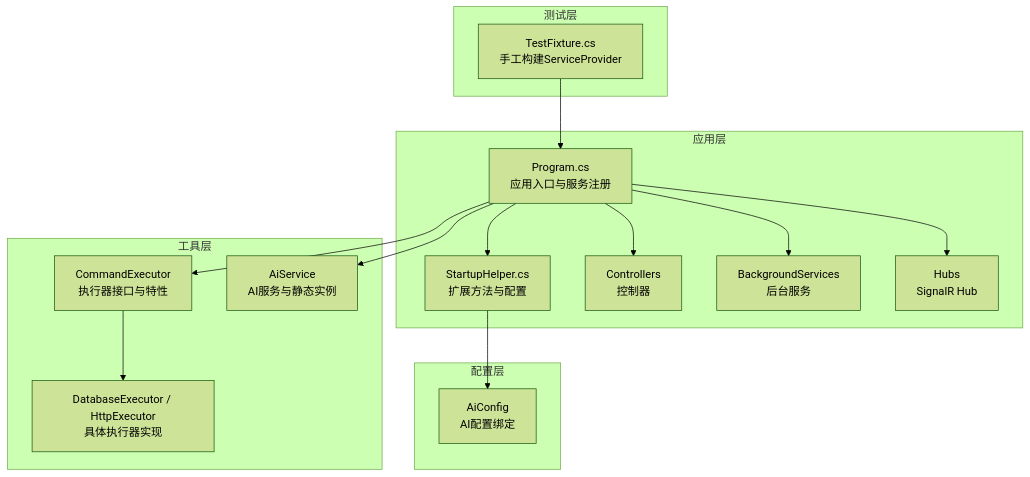
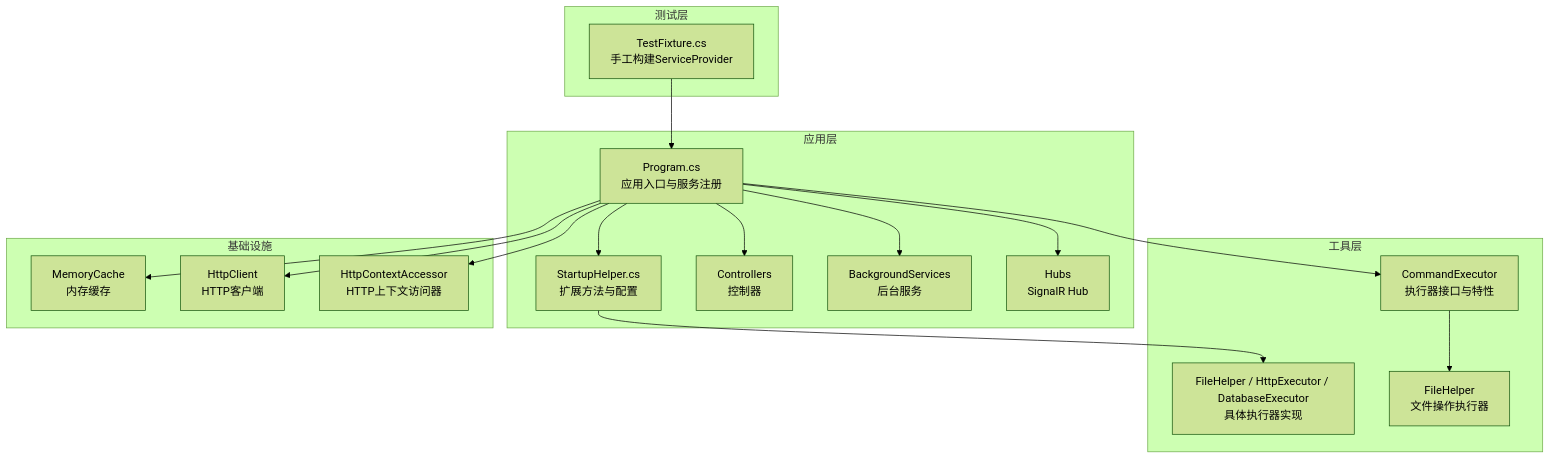
Before and after one commit to Sosososolong/AirGo: the first of 5 diagrams in .qoder/repowiki/zh/content/核心架构设计/依赖注入容器.md, drawn with Mermaid (forest theme). The commit also changed other lines of this file and 13 other files, not shown here.

````diff
--- a/.qoder/repowiki/zh/content/核心架构设计/依赖注入容器.md
+++ b/.qoder/repowiki/zh/content/核心架构设计/依赖注入容器.md
@@ -52,30 +49,34 @@
 ```mermaid
 graph TB
 subgraph "应用层"
 Program["Program.cs<br/>应用入口与服务注册"]
 StartupHelper["StartupHelper.cs<br/>扩展方法与配置"]
 Controllers["Controllers<br/>控制器"]
 Background["BackgroundServices<br/>后台服务"]
 Hubs["Hubs<br/>SignalR Hub"]
 end
 subgraph "工具层"
 CmdExec["CommandExecutor<br/>执行器接口与特性"]
-Executors["DatabaseExecutor / HttpExecutor<br/>具体执行器实现"]
-AiService["AiService<br/>AI服务与静态实例"]
+Executors["FileHelper / HttpExecutor / DatabaseExecutor<br/>具体执行器实现"]
+FileHelper["FileHelper<br/>文件操作执行器"]
 end
-subgraph "配置层"
-AiConfig["AiConfig<br/>AI配置绑定"]
+subgraph "基础设施"
+MemoryCache["MemoryCache<br/>内存缓存"]
+HttpClient["HttpClient<br/>HTTP客户端"]
+HttpContextAccessor["HttpContextAccessor<br/>HTTP上下文访问器"]
 end
 subgraph "测试层"
 TestFixture["TestFixture.cs<br/>手工构建ServiceProvider"]
 end
 Program --> StartupHelper
 Program --> Controllers
 Program --> Background
 Program --> Hubs
 Program --> CmdExec
-Program --> AiService
-StartupHelper --> AiConfig
-CmdExec --> Executors
+Program --> MemoryCache
+Program --> HttpClient
+Program --> HttpContextAccessor
+StartupHelper --> Executors
+CmdExec --> FileHelper
 TestFixture --> Program
 ```
````
